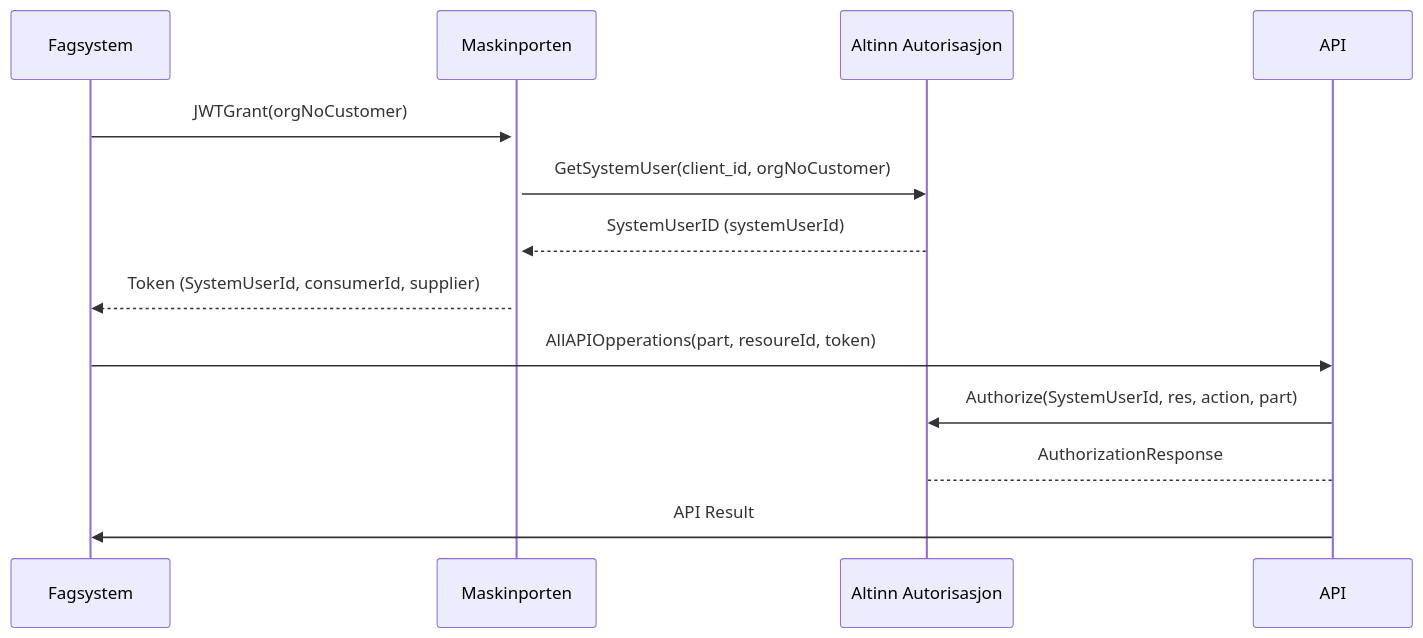
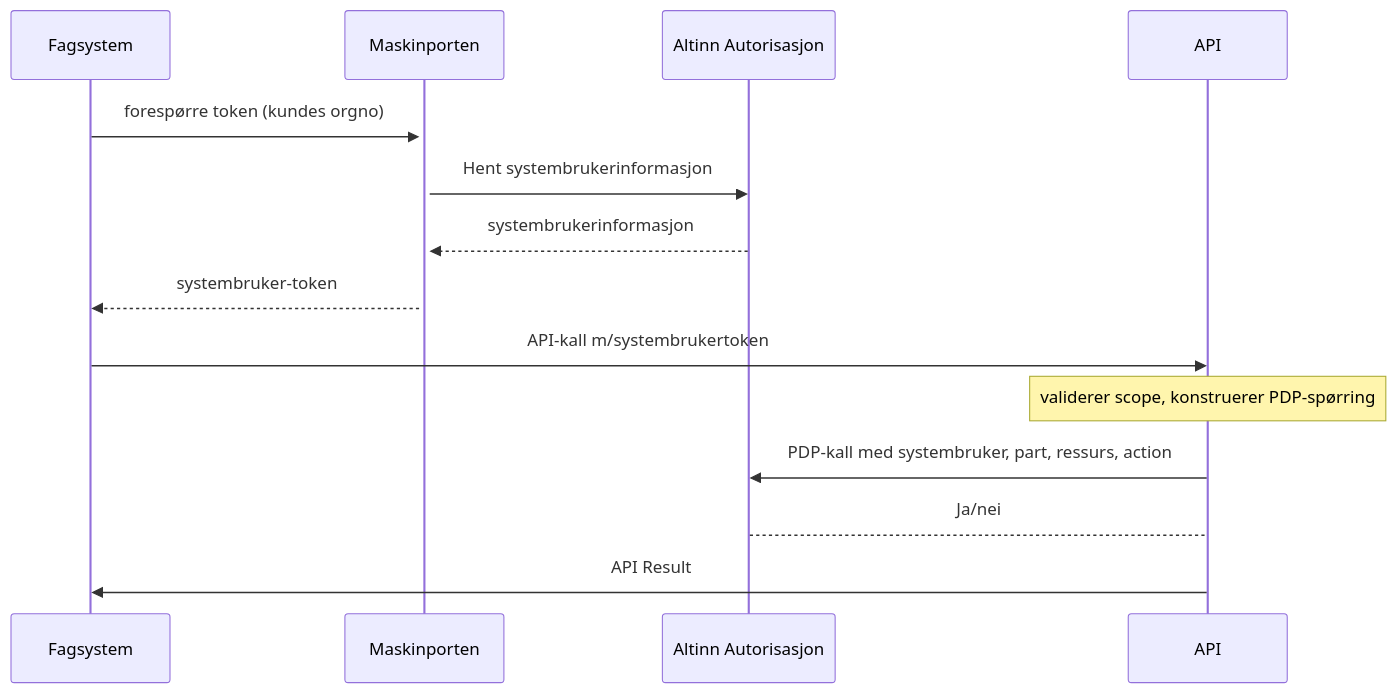
One commit to felleslosninger/docs changed the diagram in _docs/Maskinporten/maskinporten_func_systembruker.md. Above: the diagram before and after it, drawn with Mermaid. The commit also changed other lines of this file, not shown here.

```diff
--- a/_docs/Maskinporten/maskinporten_func_systembruker.md
+++ b/_docs/Maskinporten/maskinporten_func_systembruker.md
@@ -58,11 +57,12 @@
 <div class="mermaid">
 sequenceDiagram
-    Fagsystem->>+Maskinporten: JWTGrant(orgNoCustomer)
-    Maskinporten->>Altinn Autorisasjon: GetSystemUser(client_id, orgNoCustomer)
-    Altinn Autorisasjon-->>Maskinporten: SystemUserID (systemUserId)
-    Maskinporten-->>Fagsystem: Token (SystemUserId, consumerId, supplier)
-    Fagsystem->>API: AllAPIOpperations(part, resoureId, token)
-    API->>Altinn Autorisasjon: Authorize(SystemUserId, res, action, part)
-    Altinn Autorisasjon-->API: AuthorizationResponse
+    Fagsystem->>+Maskinporten: forespørre token (kundes orgno)
+    Maskinporten->>Altinn Autorisasjon: Hent systembrukerinformasjon 
+    Altinn Autorisasjon-->>Maskinporten: systembrukerinformasjon
+    Maskinporten-->>Fagsystem: systembruker-token
+    Fagsystem->>API: API-kall m/systembrukertoken
+    note over API: validerer scope, konstruerer PDP-spørring
+    API->>Altinn Autorisasjon: PDP-kall med systembruker, part, ressurs, action
+    Altinn Autorisasjon-->API: Ja/nei
     API->>Fagsystem:API Result 
 </div>
```
